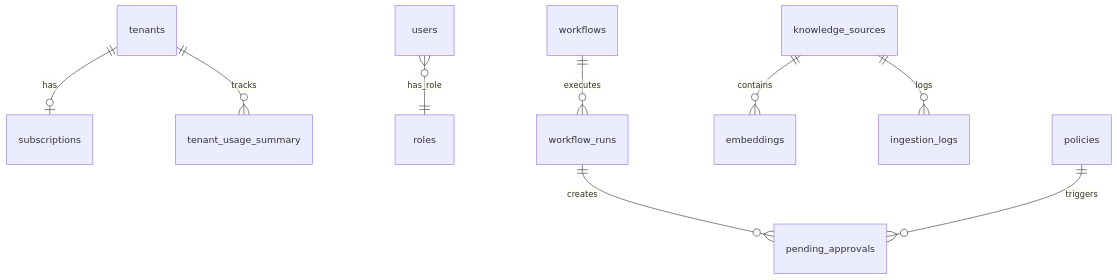
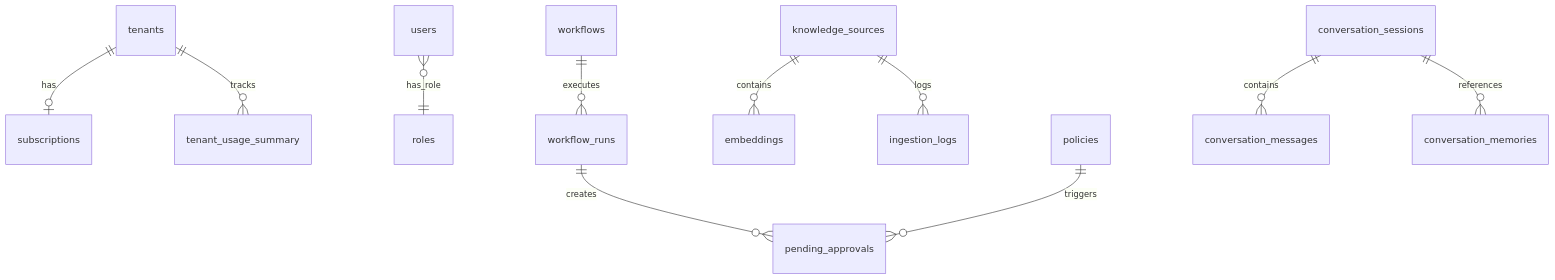
Before and after one commit to johnnykim7/aimbase: the diagram in docs/T3-1_데이터_모델.md, drawn with Mermaid. The commit also changed other lines of this file and 47 other files, not shown here.

````diff
--- a/docs/T3-1_데이터_모델.md
+++ b/docs/T3-1_데이터_모델.md
@@ -406,14 +476,16 @@
 ```mermaid
 erDiagram
     %% Master DB
     tenants ||--o| subscriptions : has
     tenants ||--o{ tenant_usage_summary : tracks
 
     %% Tenant DB
     users }o--|| roles : has_role
     workflows ||--o{ workflow_runs : executes
     workflow_runs ||--o{ pending_approvals : creates
     knowledge_sources ||--o{ embeddings : contains
     knowledge_sources ||--o{ ingestion_logs : logs
     policies ||--o{ pending_approvals : triggers
+    conversation_sessions ||--o{ conversation_messages : contains
+    conversation_sessions ||--o{ conversation_memories : references
 ```
````
